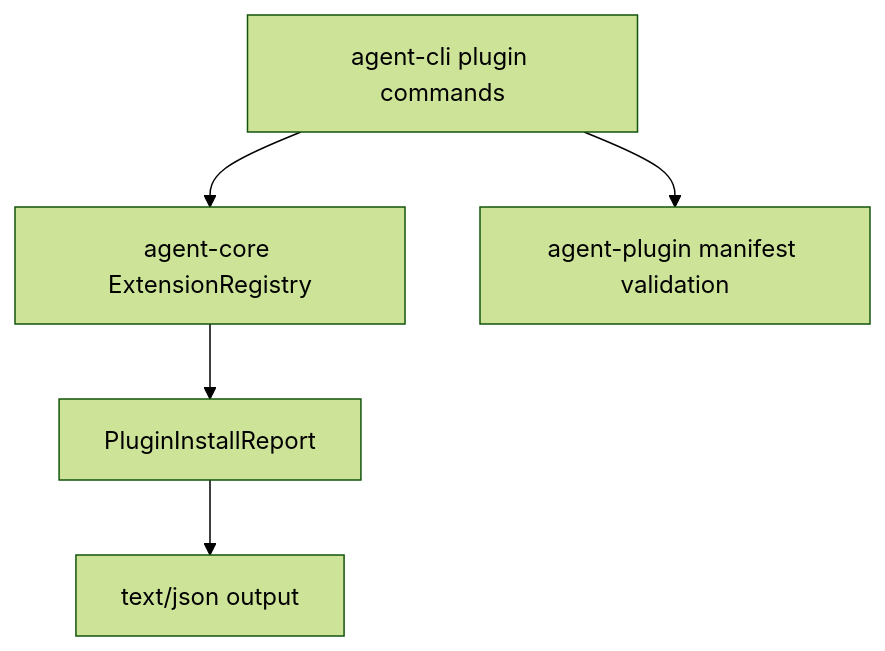
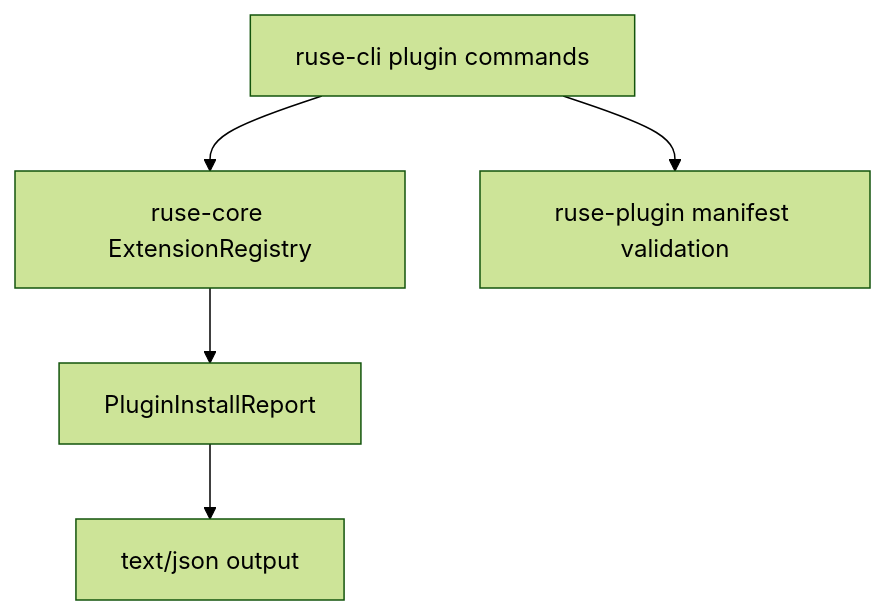
The diagram in docs/specs/M22-02-plugin-install-commands.spec.md (poneding/agent), drawn with Mermaid (forest theme) before and after one commit. The commit also changed other lines of this file and 2091 other files, not shown here.

First line of the commit message:
refactor: rename agent branding to ruse

````diff
--- a/docs/specs/M22-02-plugin-install-commands.spec.md
+++ b/docs/specs/M22-02-plugin-install-commands.spec.md
@@ -33,7 +33,7 @@
 ```mermaid
 flowchart TD
-  CLI["agent-cli plugin commands"] --> Core["agent-core ExtensionRegistry"]
-  CLI --> Plugin["agent-plugin manifest validation"]
+  CLI["ruse-cli plugin commands"] --> Core["ruse-core ExtensionRegistry"]
+  CLI --> Plugin["ruse-plugin manifest validation"]
   Core --> Report["PluginInstallReport"]
   Report --> Output["text/json output"]
 ```
````
